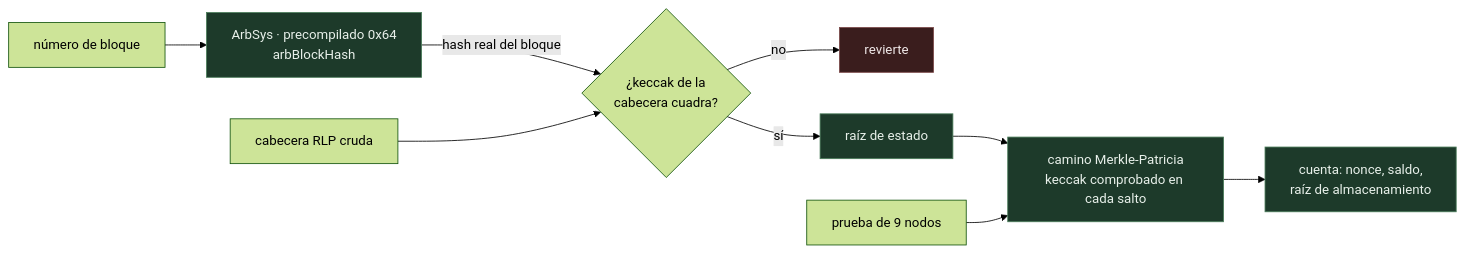
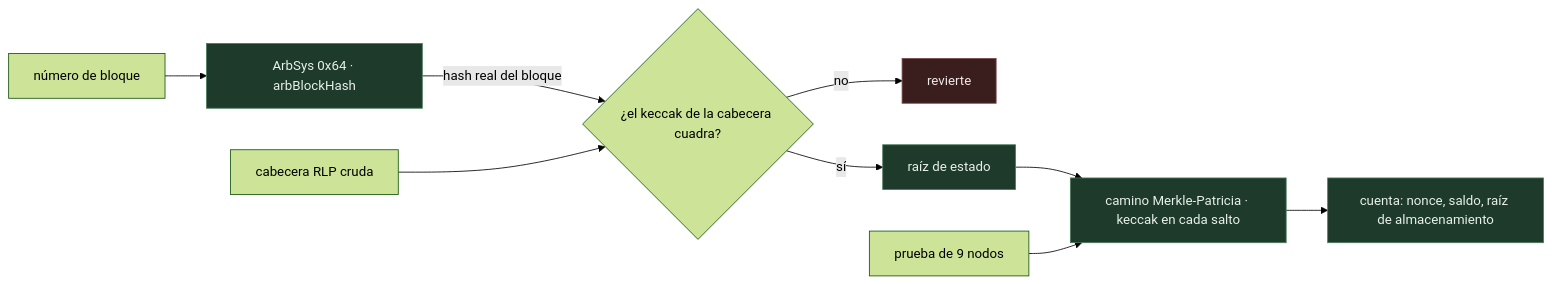
Before and after one commit to kasbsquall/remand: the second of 6 diagrams in docs/ARCHITECTURE.md, drawn with Mermaid (forest theme).

Commit message:
docs(arquitectura): quitar los saltos de linea del diagrama del atestador
GitHub no honra <br/> dentro de las etiquetas de mermaid: en vez de partir la
linea borra la etiqueta y pega las palabras. El diagrama se leia
"0x64arbBlockHash", "de lacabecera" y "Merkle-Patriciakeccak".

Las etiquetas pasan a una sola linea. Compilan igual y se leen.

````diff
--- a/docs/ARCHITECTURE.md
+++ b/docs/ARCHITECTURE.md
@@ -87,16 +87,16 @@
 ```mermaid
 flowchart LR
-    NUM["número de bloque"] --> ARB["ArbSys · precompilado 0x64<br/>arbBlockHash"]
-    ARB -->|"hash real del bloque"| CMP{"¿keccak de la<br/>cabecera cuadra?"}
+    NUM["número de bloque"] --> ARB["ArbSys 0x64 · arbBlockHash"]
+    ARB -->|"hash real del bloque"| CMP{"¿el keccak de la cabecera cuadra?"}
     RLP["cabecera RLP cruda"] --> CMP
     CMP -->|"no"| ERR["revierte"]
     CMP -->|"sí"| ROOT["raíz de estado"]
-    ROOT --> MPT["camino Merkle-Patricia<br/>keccak comprobado en cada salto"]
+    ROOT --> MPT["camino Merkle-Patricia · keccak en cada salto"]
     PRB["prueba de 9 nodos"] --> MPT
-    MPT --> CTA["cuenta: nonce, saldo,<br/>raíz de almacenamiento"]
+    MPT --> CTA["cuenta: nonce, saldo, raíz de almacenamiento"]
 
     classDef chain fill:#1d3a2a,stroke:#4a7c59,color:#e8f0ea
     classDef bad fill:#3a1d1d,stroke:#7c4a4a,color:#f0e8e8
     class ARB,ROOT,MPT,CTA chain
     class ERR bad
 ```
````
